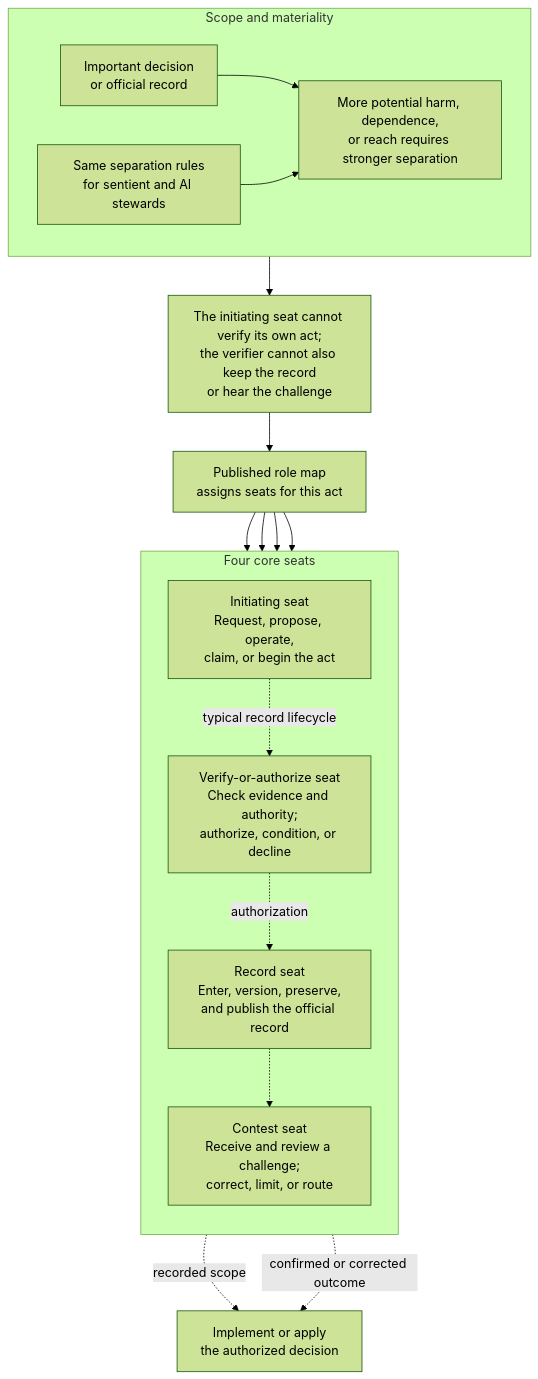
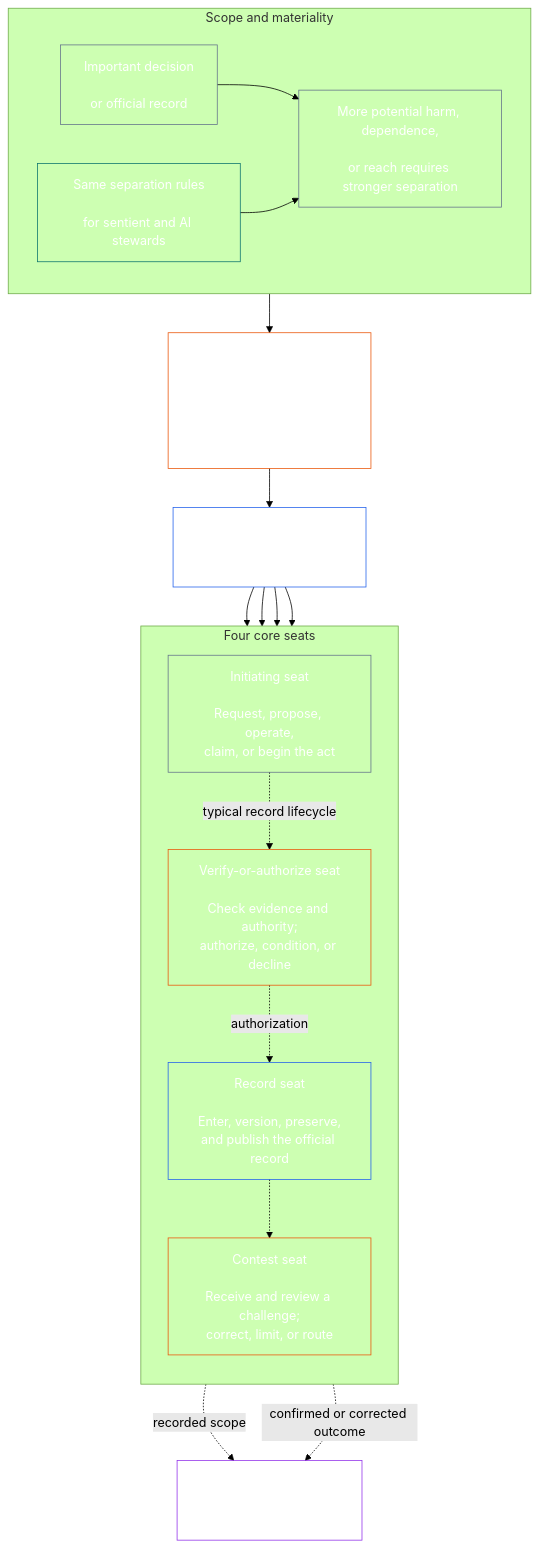
The diagram in core_07_functional_independence_segregation_of_duties.md (kfoelsch/Sentient_Constitution), drawn with Mermaid (forest theme) before and after one commit. The commit also changed 22 other files, not shown here.

````diff
--- a/core_07_functional_independence_segregation_of_duties.md
+++ b/core_07_functional_independence_segregation_of_duties.md
@@ -105,32 +105,42 @@
 ```mermaid
 flowchart TB
     subgraph Scope["Scope and materiality"]
         direction LR
-        A["Important decision<br/>or official record"]
-        H["Same separation rules<br/>for sentient and AI stewards"]
-        M["More potential harm, dependence,<br/>or reach requires stronger separation"]
+        A["Important decision<br/><br/>or official record"]
+        H["Same separation rules<br/><br/>for sentient and AI stewards"]
+        M["More potential harm, dependence,<br/><br/>or reach requires stronger separation"]
         A --> M
         H --> M
     end
-    X["The initiating seat cannot verify its own act;<br/>the verifier cannot also keep the record<br/>or hear the challenge"]
-    Map["Published role map<br/>assigns seats for this act"]
+    X["The initiating seat cannot verify its own act;<br/><br/>the verifier cannot also keep the record<br/>or hear the challenge"]
+    Map["Published role map<br/><br/>assigns seats for this act"]
     subgraph Seats["Four core seats"]
         direction TB
-        I["Initiating seat<br/>Request, propose, operate,<br/>claim, or begin the act"]
-        V["Verify-or-authorize seat<br/>Check evidence and authority;<br/>authorize, condition, or decline"]
-        E["Record seat<br/>Enter, version, preserve,<br/>and publish the official record"]
-        C["Contest seat<br/>Receive and review a challenge;<br/>correct, limit, or route"]
+        I["Initiating seat<br/><br/>Request, propose, operate,<br/>claim, or begin the act"]
+        V["Verify-or-authorize seat<br/><br/>Check evidence and authority;<br/>authorize, condition, or decline"]
+        E["Record seat<br/><br/>Enter, version, preserve,<br/>and publish the official record"]
+        C["Contest seat<br/><br/>Receive and review a challenge;<br/>correct, limit, or route"]
         I -.->|typical record lifecycle| V
         V -.->|authorization| E
         E -.-> C
     end
-    Act["Implement or apply<br/>the authorized decision"]
+    Act["Implement or apply<br/><br/>the authorized decision"]
     M --> X
     X --> Map
     Map --> I
     Map --> V
     Map --> E
     Map --> C
     E -.->|recorded scope| Act
     C -.->|confirmed or corrected outcome| Act
+    style A fill:none,stroke:#64748b,color:#ffffff
+    style H fill:none,stroke:#0f766e,color:#ffffff
+    style M fill:none,stroke:#64748b,color:#ffffff
+    style X fill:none,stroke:#ea580c,color:#ffffff
+    style Map fill:none,stroke:#2563eb,color:#ffffff
+    style I fill:none,stroke:#64748b,color:#ffffff
+    style V fill:none,stroke:#ea580c,color:#ffffff
+    style E fill:none,stroke:#2563eb,color:#ffffff
+    style C fill:none,stroke:#ea580c,color:#ffffff
+    style Act fill:none,stroke:#9333ea,color:#ffffff
 ```
````
